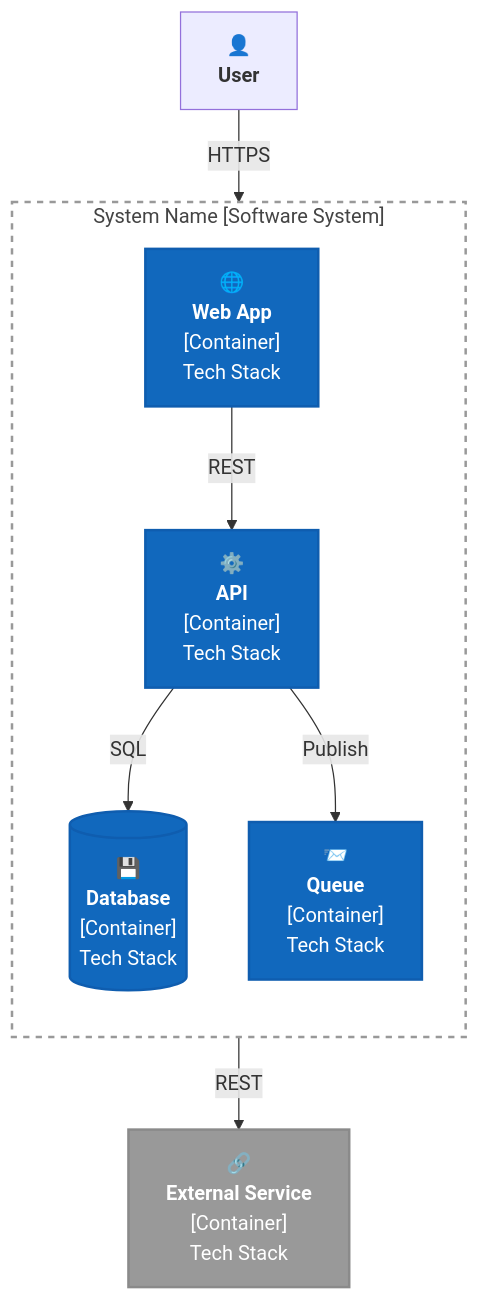
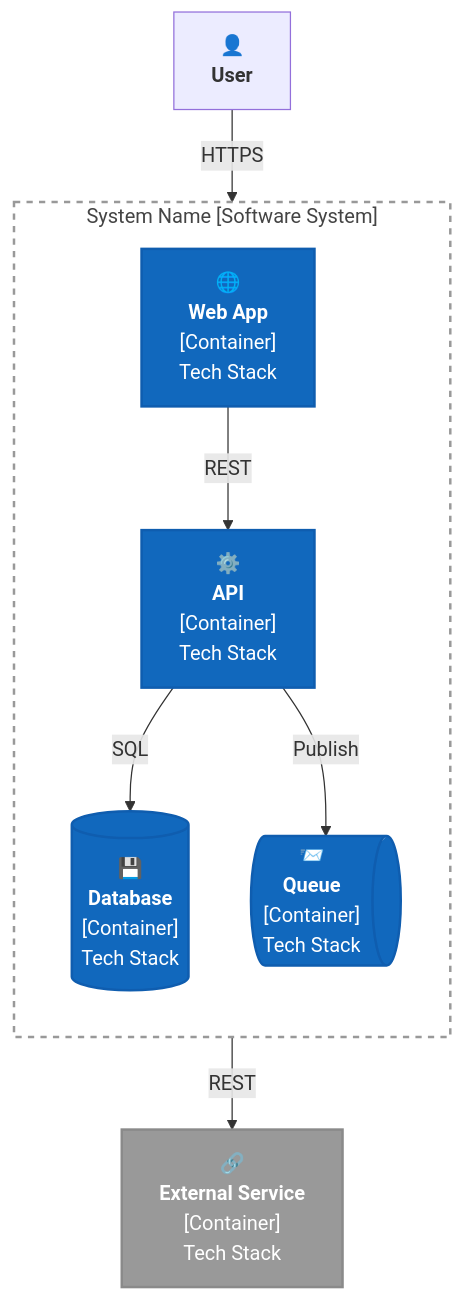
One commit to LockTar/C4-Modeling-in-Mermaid changed the sixth of 6 diagrams in C4-cheatsheets/C4-Container-Diagram-Mermaid-Flowchart-Cheatsheet.md. Above: the diagram before and after it, drawn with Mermaid. The commit also changed other lines of this file and 2 other files, not shown here.

Commit message:
Update queue shapes and labels in C4 cheatsheets for consistency

````diff
--- a/C4-cheatsheets/C4-Container-Diagram-Mermaid-Flowchart-Cheatsheet.md
+++ b/C4-cheatsheets/C4-Container-Diagram-Mermaid-Flowchart-Cheatsheet.md
@@ -311,46 +311,46 @@
 ```mermaid
 flowchart TB
     %% ===== STYLES =====
     classDef Container fill:#1168bd,stroke:#0f5daf,color:#fff,stroke-width:2px;
     classDef ContainerDb fill:#1168bd,stroke:#0f5daf,color:#fff,stroke-width:2px;
     classDef ContainerQueue fill:#1168bd,stroke:#0f5daf,color:#fff,stroke-width:2px;
     classDef ContainerExt fill:#999999,stroke:#8a8a8a,color:#fff,stroke-width:2px;
     classDef ContainerBoundary fill:none,stroke:#999,stroke-width:2px,stroke-dasharray: 5 5,color:#444;
 
     %% ===== ACTORS =====
     user["👤<br/><b>User</b>"]
 
     %% ===== MAIN SYSTEM BOUNDARY =====
     subgraph sys["System Name [Software System]"]
         direction TB
 
         %% Internal Containers
         web["🌐<br/><b>Web App</b><br/>[Container]<br/>Tech Stack"]
         api["⚙️<br/><b>API</b><br/>[Container]<br/>Tech Stack"]
 
         %% Database Containers
         db[("💾<br/><b>Database</b><br/>[Container]<br/>Tech Stack")]
 
         %% Message Queue
-        queue["📨<br/><b>Queue</b><br/>[Container]<br/>Tech Stack"]
+        queue@{ shape: das, label: "📨<br/><b>Queue</b><br/>[Container]<br/>Tech Stack" }
 
         class web,api Container
         class db ContainerDb
         class queue ContainerQueue
 
         %% Relationships
         web -->|REST| api
         api -->|SQL| db
         api -->|Publish| queue
     end
     class sys ContainerBoundary;
 
     %% ===== EXTERNAL CONTAINERS =====
     extservice["🔗<br/><b>External Service</b><br/>[Container]<br/>Tech Stack"]
 
     class extservice ContainerExt
 
     %% ===== RELATIONSHIPS =====
     user -->|HTTPS| web
     queue -->|REST| extservice
 ```
````
